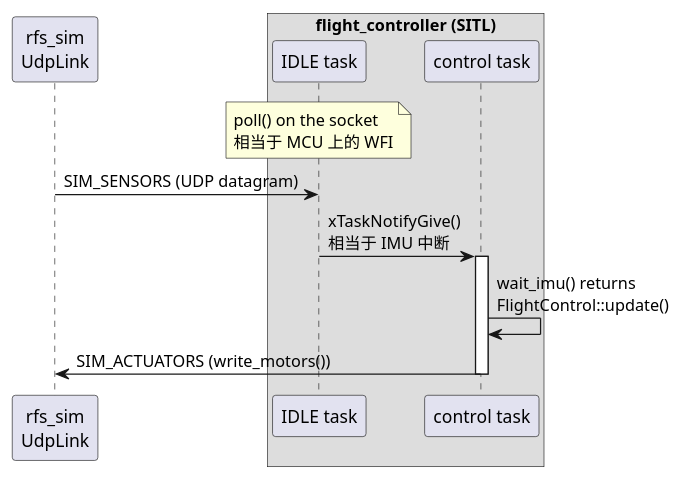
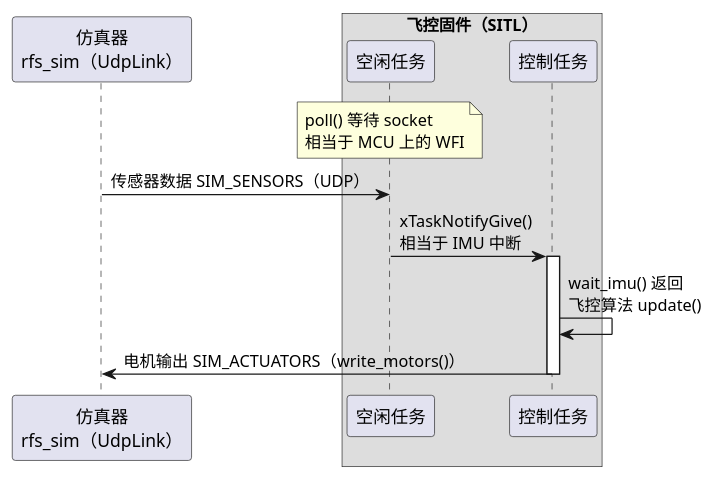
The diagram in docs/diagrams/fc-sitl-wakeup.puml (ravii/ruhnix-flight-system), drawn with PlantUML before and after one commit. The commit also changed 12 other files, not shown here.

First line of the commit message:
docs: Chinese PlantUML diagrams without ":" in element names

```diff
--- a/docs/diagrams/fc-sitl-wakeup.puml
+++ b/docs/diagrams/fc-sitl-wakeup.puml
@@ -1,17 +1,17 @@
 @startuml
 ' rfs-diagram: fc-sitl-wakeup
 skinparam shadowing false
-participant "rfs_sim\nUdpLink" as SIM
-box "flight_controller (SITL)"
-  participant "IDLE task" as IDLE
-  participant "control task" as CTRL
+participant "仿真器\nrfs_sim（UdpLink）" as SIM
+box "飞控固件（SITL）"
+  participant "空闲任务" as IDLE
+  participant "控制任务" as CTRL
 end box
 
-note over IDLE : poll() on the socket\n相当于 MCU 上的 WFI
-SIM -> IDLE : SIM_SENSORS (UDP datagram)
+note over IDLE : poll() 等待 socket\n相当于 MCU 上的 WFI
+SIM -> IDLE : 传感器数据 SIM_SENSORS（UDP）
 IDLE -> CTRL : xTaskNotifyGive()\n相当于 IMU 中断
 activate CTRL
-CTRL -> CTRL : wait_imu() returns\nFlightControl::update()
-CTRL -> SIM : SIM_ACTUATORS (write_motors())
+CTRL -> CTRL : wait_imu() 返回\n飞控算法 update()
+CTRL -> SIM : 电机输出 SIM_ACTUATORS（write_motors()）
 deactivate CTRL
 @enduml
```
